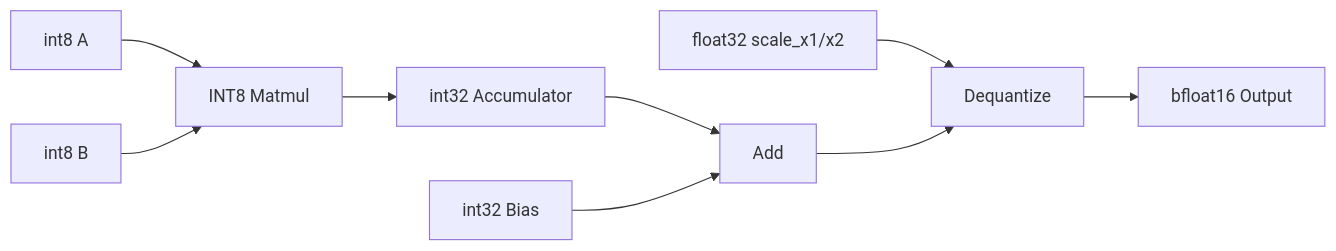
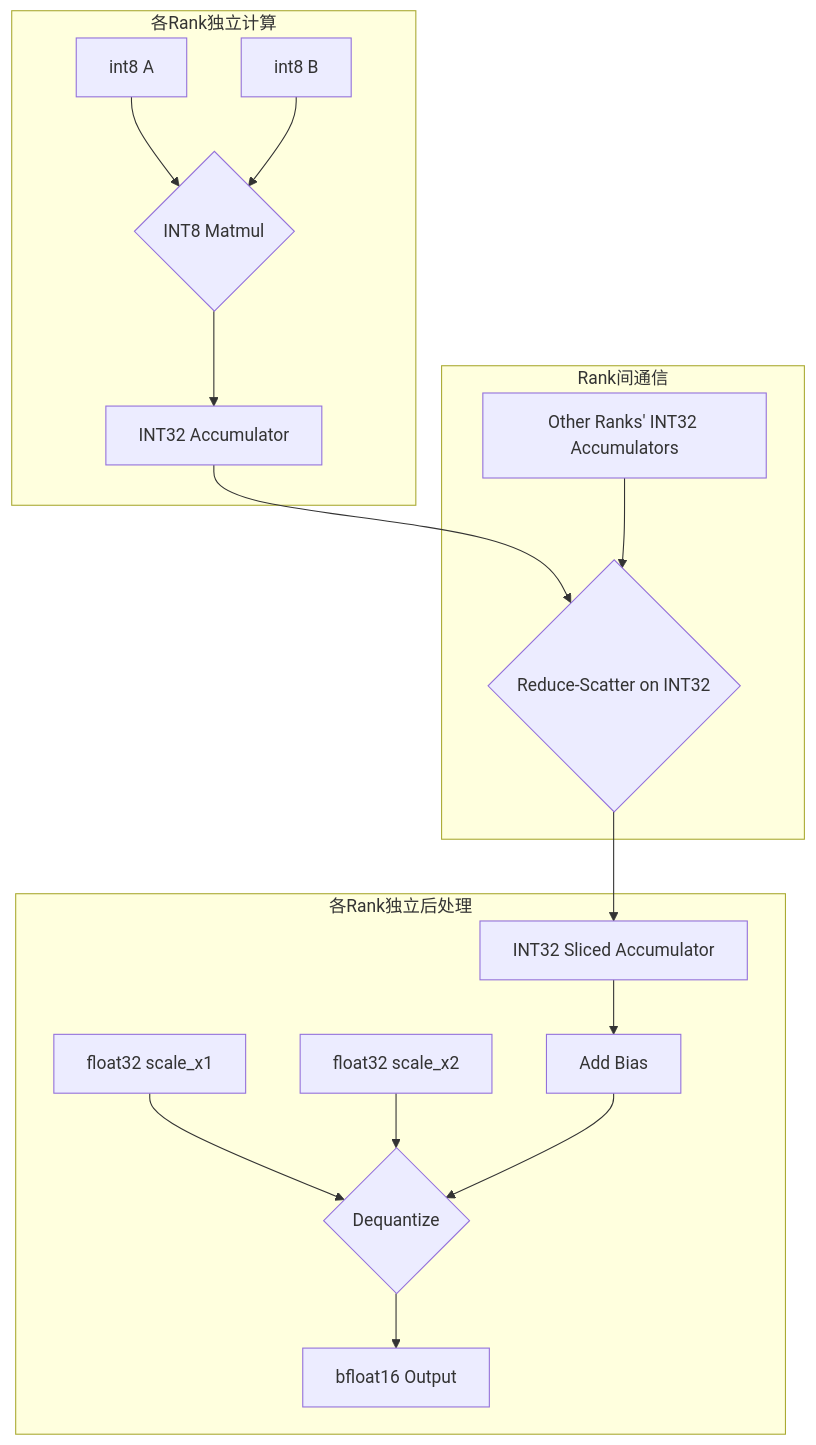
The first of 2 diagrams in quantized_matmul_reduce_scatter_design.md (BillionsRichard/mm_rs_with_catlass), drawn with Mermaid before and after one commit. The commit also changed other lines of this file and 6 other files, not shown here.

````diff
--- a/quantized_matmul_reduce_scatter_design.md
+++ b/quantized_matmul_reduce_scatter_design.md
@@ -38,11 +41,22 @@
 ```mermaid
-graph LR
-    A[int8 A] --> C[INT8 Matmul]
-    B[int8 B] --> C
-    C --> D[int32 Accumulator]
-    D --> E[Add]
-    F[int32 Bias] --> E
-    G[float32 scale_x1/x2] --> H[Dequantize]
-    E --> H
-    H --> I[bfloat16 Output]
+graph TD
+    subgraph "各Rank独立计算"
+        A[int8 A] --> C{INT8 Matmul}
+        B[int8 B] --> C
+        C --> D[INT32 Accumulator]
+    end
+
+    subgraph "Rank间通信"
+        D --> E{Reduce-Scatter on INT32}
+        F[Other Ranks' INT32 Accumulators] --> E
+    end
+
+    subgraph "各Rank独立后处理"
+        E --> G[INT32 Sliced Accumulator]
+        G --> H[Add Bias]
+        I[float32 scale_x1] --> J{Dequantize}
+        K[float32 scale_x2] --> J
+        H --> J
+        J --> L[bfloat16 Output]
+    end
 ```
````
